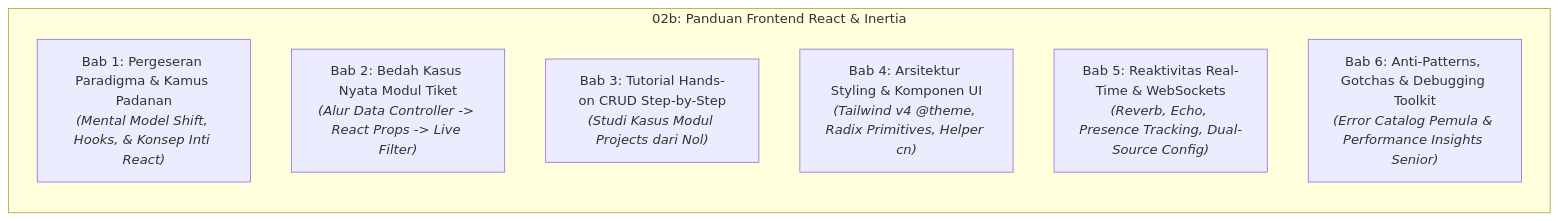
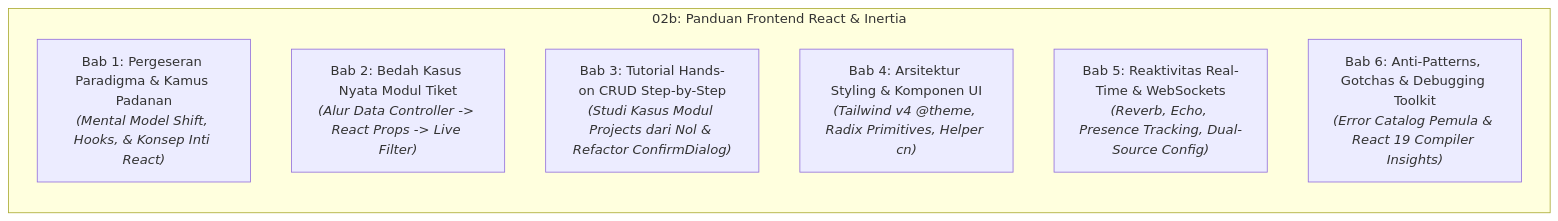
The diagram in docs/superpowers/specs/2026-09-03-frontend-onboarding-guide-design.md (adi-jaya/PortalSifast), drawn with Mermaid before and after one commit. The commit also changed other lines of this file, not shown here.

````diff
--- a/docs/superpowers/specs/2026-09-03-frontend-onboarding-guide-design.md
+++ b/docs/superpowers/specs/2026-09-03-frontend-onboarding-guide-design.md
@@ -34,12 +91,12 @@
 ```mermaid
 graph TD
     subgraph Modul02b ["02b: Panduan Frontend React & Inertia"]
         direction TB
         B1["Bab 1: Pergeseran Paradigma & Kamus Padanan<br/><i>(Mental Model Shift, Hooks, & Konsep Inti React)</i>"]
         B2["Bab 2: Bedah Kasus Nyata Modul Tiket<br/><i>(Alur Data Controller -> React Props -> Live Filter)</i>"]
-        B3["Bab 3: Tutorial Hands-on CRUD Step-by-Step<br/><i>(Studi Kasus Modul Projects dari Nol)</i>"]
+        B3["Bab 3: Tutorial Hands-on CRUD Step-by-Step<br/><i>(Studi Kasus Modul Projects dari Nol & Refactor ConfirmDialog)</i>"]
         B4["Bab 4: Arsitektur Styling & Komponen UI<br/><i>(Tailwind v4 @theme, Radix Primitives, Helper cn)</i>"]
         B5["Bab 5: Reaktivitas Real-Time & WebSockets<br/><i>(Reverb, Echo, Presence Tracking, Dual-Source Config)</i>"]
-        B6["Bab 6: Anti-Patterns, Gotchas & Debugging Toolkit<br/><i>(Error Catalog Pemula & Performance Insights Senior)</i>"]
+        B6["Bab 6: Anti-Patterns, Gotchas & Debugging Toolkit<br/><i>(Error Catalog Pemula & React 19 Compiler Insights)</i>"]
     end
 ```
````
